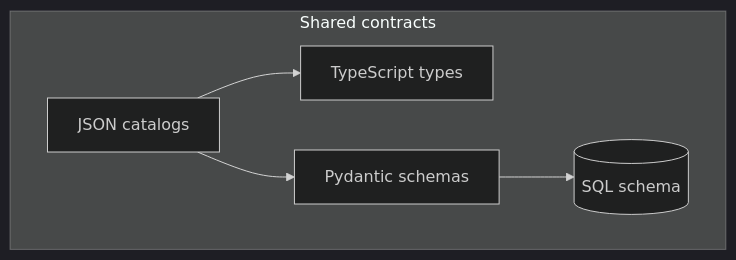
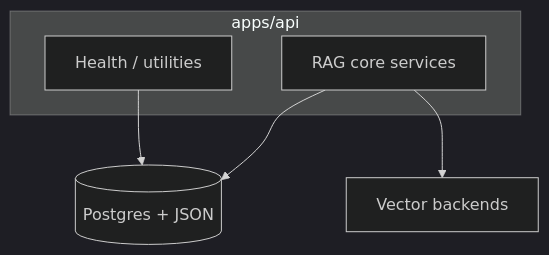
One commit to anulsasidharan/Unified-RAG-Studio changed the second of 5 diagrams in docs/internal/PROJECT_SYSTEM_DESIGN_EVOLUTION.md. Above: the diagram before and after it, drawn with Mermaid (dark theme). The commit also changed other lines of this file and 22 other files, not shown here.

````diff
--- a/docs/internal/PROJECT_SYSTEM_DESIGN_EVOLUTION.md
+++ b/docs/internal/PROJECT_SYSTEM_DESIGN_EVOLUTION.md
@@ -38,12 +32,11 @@
 ```mermaid
 flowchart TB
-  subgraph Contracts["Shared contracts"]
-    CAT[JSON catalogs]
-    TS[TypeScript types]
-    PY[Pydantic schemas]
-    DB[(SQL schema)]
+  subgraph api [apps/api]
+    H[Health / utilities]
+    Svc[RAG core services]
   end
-  CAT --> TS
-  CAT --> PY
-  PY --> DB
+  DB[(Postgres + JSON)]
+  H --> DB
+  Svc --> DB
+  Svc --> VS[Vector backends]
 ```
````
